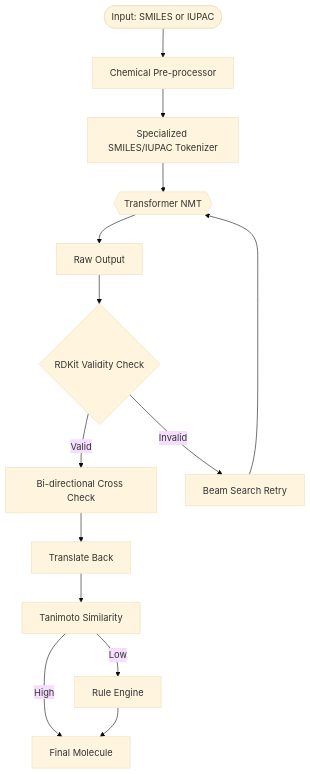
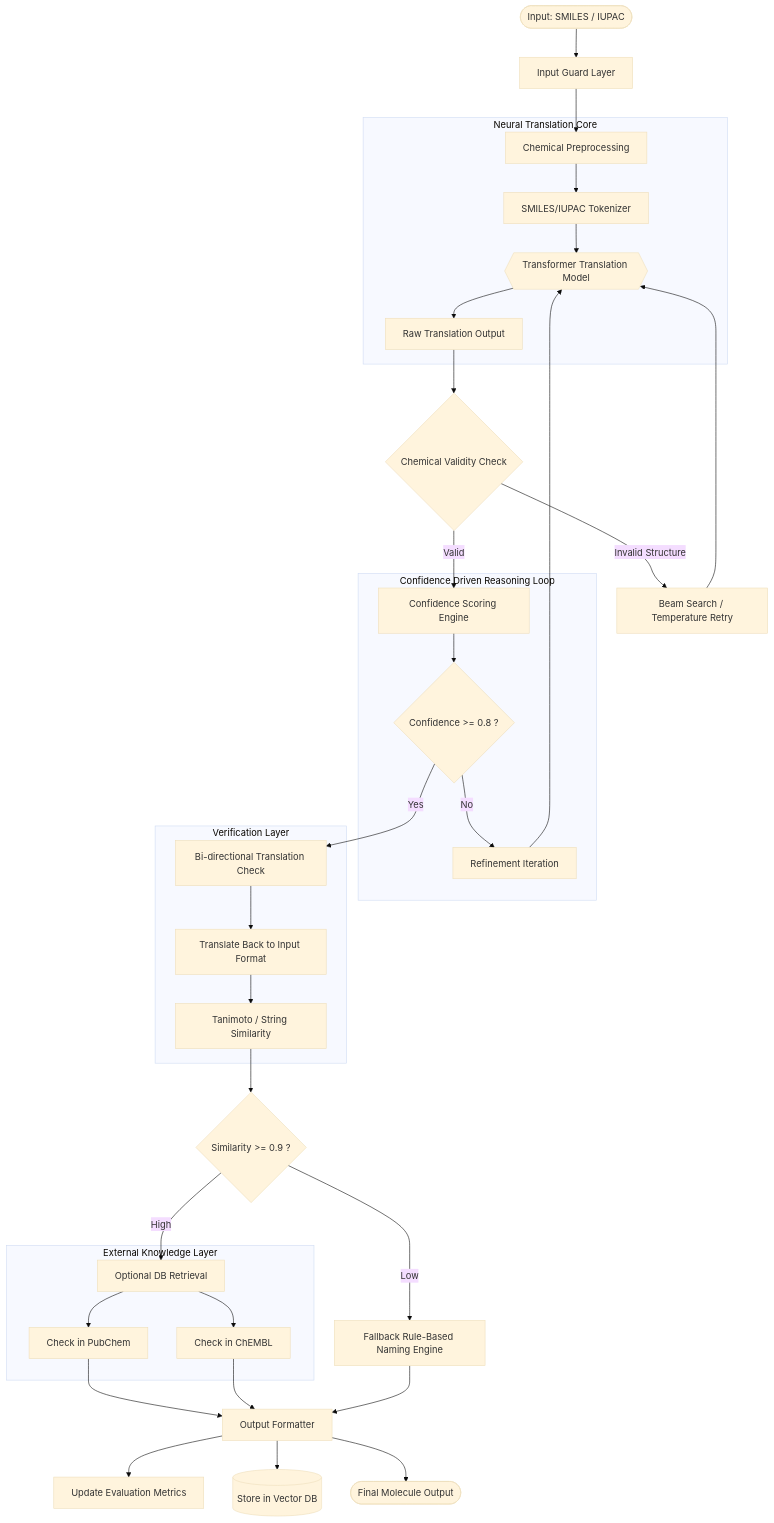
One commit to Sudiksha1107/GSOC-DeepChem changed the diagram in README.md. Above: the diagram before and after it, drawn with Mermaid (base theme).

````diff
--- a/README.md
+++ b/README.md
@@ -1,23 +1,61 @@
 ```mermaid
 graph TD
 
-Start([Input: SMILES or IUPAC]) --> PreProc[Chemical Pre-processor]
-PreProc --> Tokenizer[Specialized SMILES/IUPAC Tokenizer]
-Tokenizer --> Model{{Transformer NMT}}
-Model --> RawOutput[Raw Output]
+%% INPUT LAYER
+Start([Input: SMILES / IUPAC]) --> Guard[Input Guard Layer]
+Guard --> PreProc[Chemical Preprocessing]
 
-RawOutput --> ValidityCheck{RDKit Validity Check}
+%% TRANSLATION CORE
+subgraph "Neural Translation Core"
+    PreProc --> Tokenizer[SMILES/IUPAC Tokenizer]
+    Tokenizer --> Model{{Transformer Translation Model}}
+    Model --> RawOutput[Raw Translation Output]
+end
 
-ValidityCheck -- Valid --> CrossCheck[Bi-directional Cross Check]
-ValidityCheck -- Invalid --> Retry[Beam Search Retry]
+%% CHEMICAL VALIDATION
+RawOutput --> Validity{Chemical Validity Check}
 
+Validity -- Invalid Structure --> Retry[Beam Search / Temperature Retry]
 Retry --> Model
 
-CrossCheck --> ReTranslate[Translate Back]
-ReTranslate --> Similarity[Tanimoto Similarity]
+Validity -- Valid --> ConfidenceEngine[Confidence Scoring Engine]
 
-Similarity -- High --> Output[Final Molecule]
-Similarity -- Low --> RuleBased[Rule Engine]
+%% CONFIDENCE REASONING LOOP
+subgraph "Confidence Driven Reasoning Loop"
+    ConfidenceEngine --> Score{Confidence >= 0.8 ?}
+    Score -- No --> Refine[Refinement Iteration]
+    Refine --> Model
+end
 
-RuleBased --> Output
+Score -- Yes --> CrossCheck[Bi-directional Translation Check]
+
+%% VERIFICATION
+subgraph "Verification Layer"
+    CrossCheck --> Reverse[Translate Back to Input Format]
+    Reverse --> Similarity[Tanimoto / String Similarity]
+end
+
+Similarity --> Verify{Similarity >= 0.9 ?}
+
+%% KNOWLEDGE RETRIEVAL
+Verify -- High --> Retrieval[Optional DB Retrieval]
+
+subgraph "External Knowledge Layer"
+    Retrieval --> PubChemCheck[Check in PubChem]
+    Retrieval --> ChEMBLCheck[Check in ChEMBL]
+end
+
+PubChemCheck --> Formatter
+ChEMBLCheck --> Formatter
+
+%% FALLBACK ENGINE
+Verify -- Low --> RuleEngine[Fallback Rule-Based Naming Engine]
+RuleEngine --> Formatter
+
+%% OUTPUT
+Formatter[Output Formatter]
+
+Formatter --> Metrics[Update Evaluation Metrics]
+Formatter --> VectorDB[(Store in Vector DB)]
+Formatter --> End([Final Molecule Output])
 ```
````
